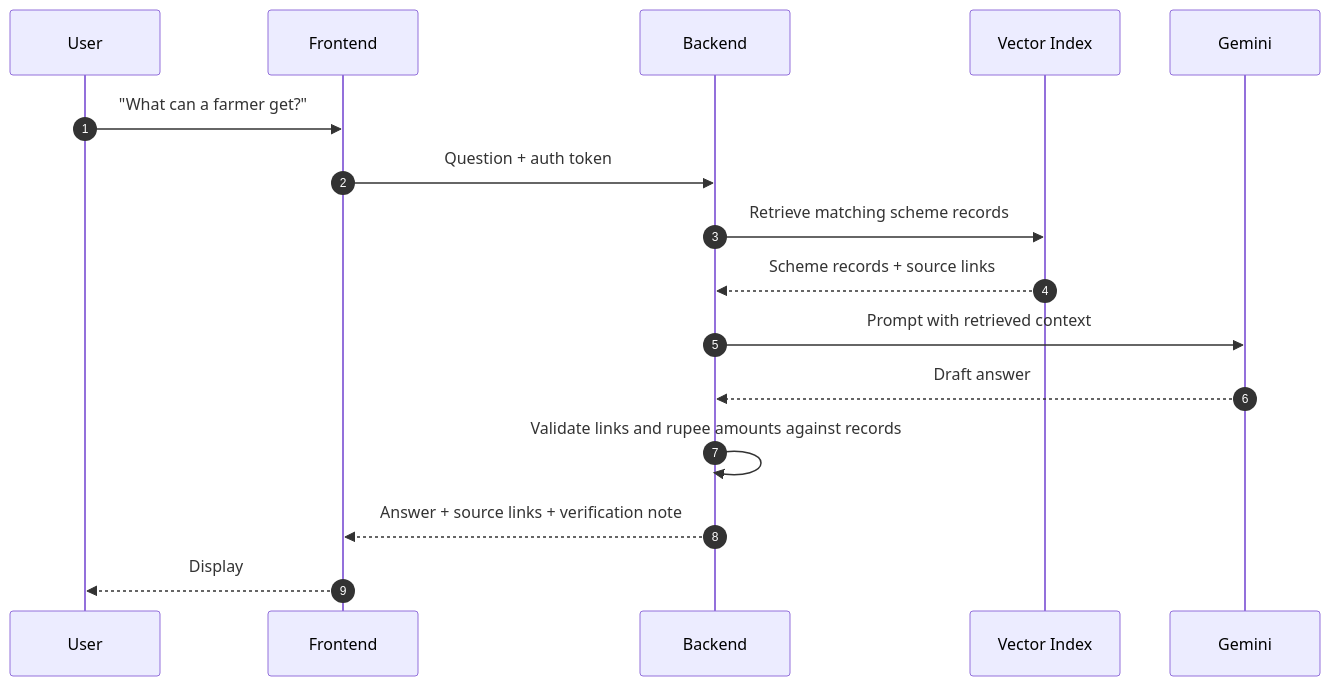
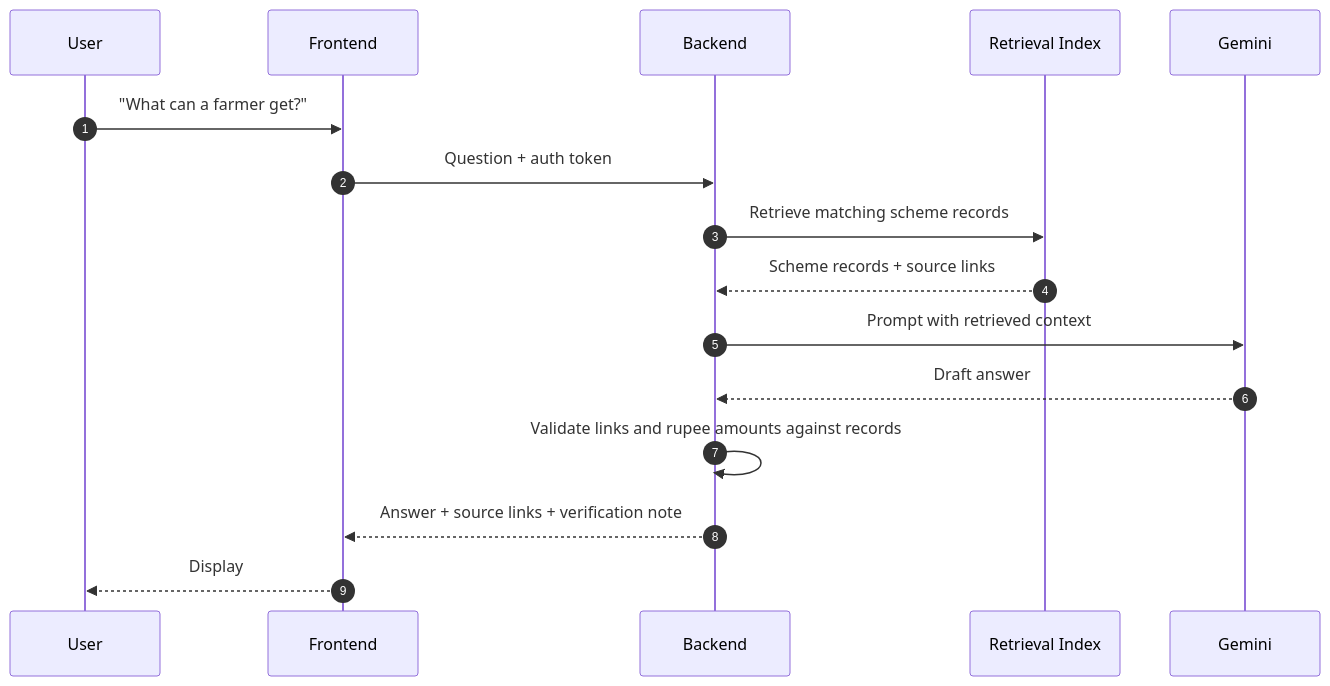
One commit to leopears2008-cell/Scheme-Local changed the third of 4 diagrams in README.md. Above: the diagram before and after it, drawn with Mermaid. The commit also changed other lines of this file, not shown here.

````diff
--- a/README.md
+++ b/README.md
@@ -143,19 +126,19 @@
 ```mermaid
 sequenceDiagram
     autonumber
     participant U as User
     participant F as Frontend
     participant B as Backend
-    participant V as Vector Index
+    participant V as Retrieval Index
     participant G as Gemini
 
     U->>F: "What can a farmer get?"
     F->>B: Question + auth token
     B->>V: Retrieve matching scheme records
     V-->>B: Scheme records + source links
     B->>G: Prompt with retrieved context
     G-->>B: Draft answer
     B->>B: Validate links and rupee amounts against records
     B-->>F: Answer + source links + verification note
     F-->>U: Display
 ```
````
